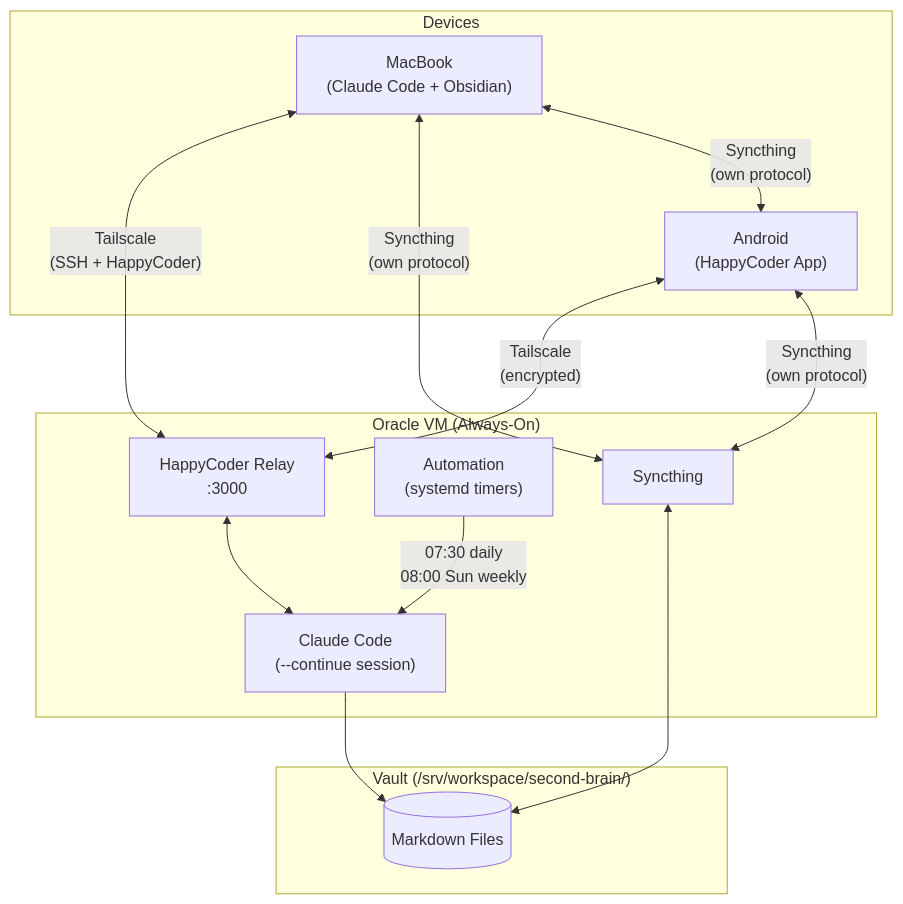
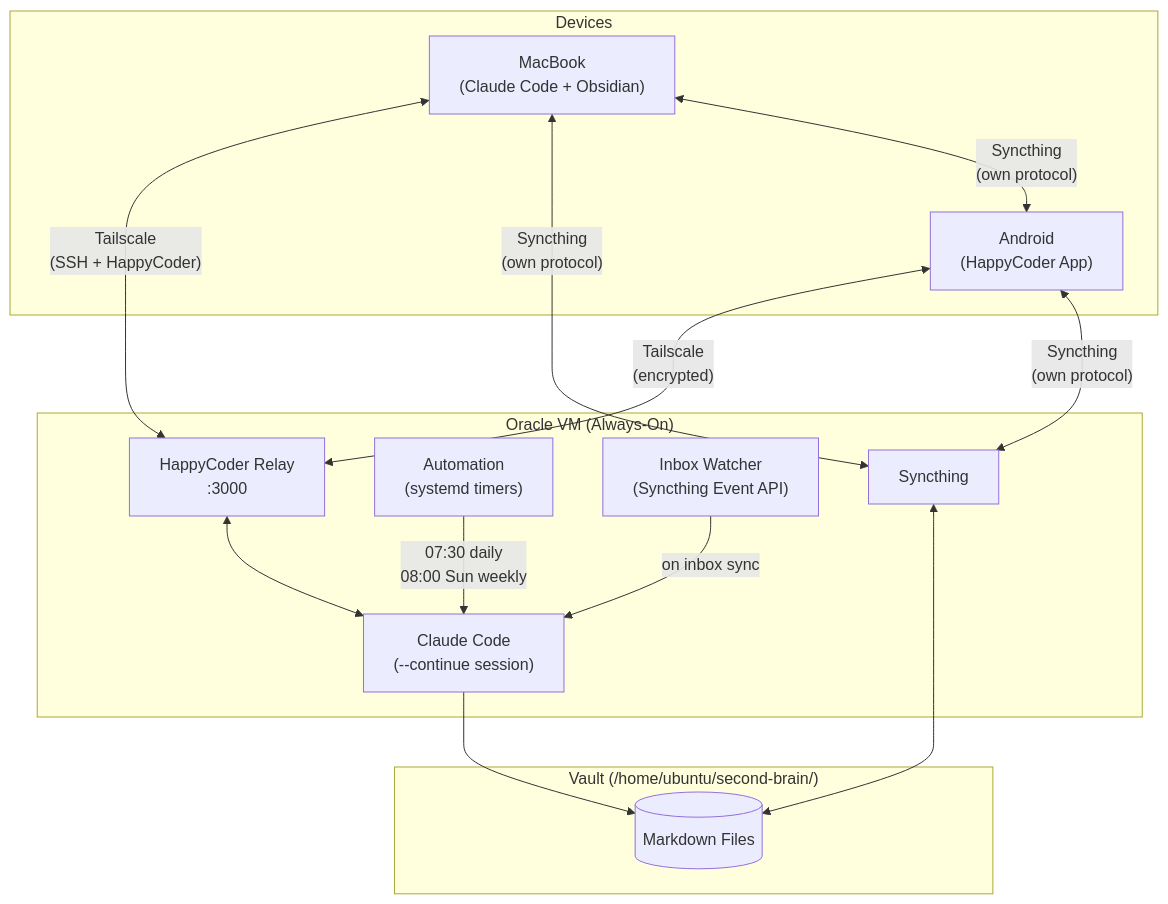
One commit to patjackson52/second-brain changed the first of 7 diagrams in docs/architecture.md. Above: the diagram before and after it, drawn with Mermaid. The commit also changed other lines of this file, not shown here.

First line of the commit message:
Update architecture docs with inbox watcher, SLA, and debug guide

````diff
--- a/docs/architecture.md
+++ b/docs/architecture.md
@@ -5,30 +5,32 @@
 ```mermaid
 graph TB
     subgraph "Devices"
         Laptop["MacBook<br/>(Claude Code + Obsidian)"]
         Phone["Android<br/>(HappyCoder App)"]
     end
 
     subgraph "Oracle VM (Always-On)"
         Relay["HappyCoder Relay<br/>:3000"]
         Claude["Claude Code<br/>(--continue session)"]
         Auto["Automation<br/>(systemd timers)"]
+        Watcher["Inbox Watcher<br/>(Syncthing Event API)"]
         ST_VM["Syncthing"]
     end
 
     Phone <-->|"Tailscale<br/>(encrypted)"| Relay
     Laptop <-->|"Tailscale<br/>(SSH + HappyCoder)"| Relay
     Relay <--> Claude
     Auto -->|"07:30 daily<br/>08:00 Sun weekly"| Claude
+    Watcher -->|"on inbox sync"| Claude
 
-    subgraph "Vault (/srv/workspace/second-brain/)"
+    subgraph "Vault (/home/ubuntu/second-brain/)"
         Vault[("Markdown Files")]
     end
 
     Claude --> Vault
     ST_VM <--> Vault
 
     Laptop <-->|"Syncthing<br/>(own protocol)"| ST_VM
     Phone <-->|"Syncthing<br/>(own protocol)"| ST_VM
     Laptop <-->|"Syncthing<br/>(own protocol)"| Phone
 ```
````
